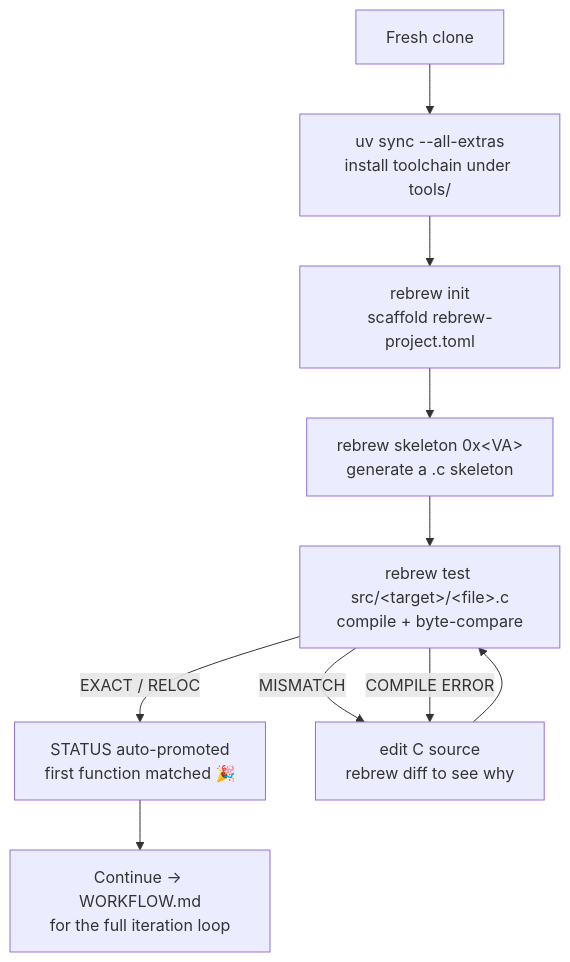
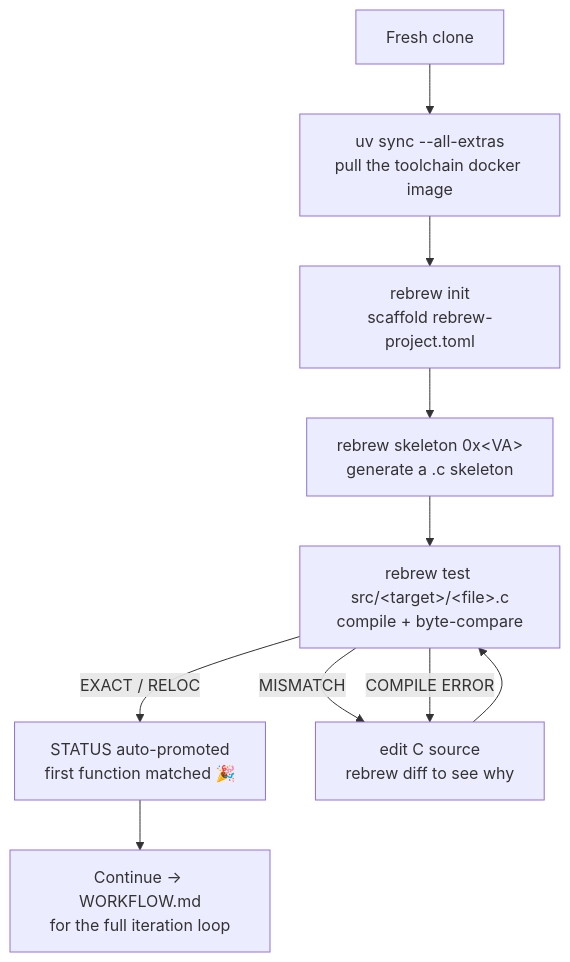
Before and after one commit to maci0/rebrew: the diagram in docs/QUICKSTART.md, drawn with Mermaid. The commit also changed other lines of this file and 13 other files, not shown here.

First line of the commit message:
docs: align docs and docstrings with docker-only toolchain

````diff
--- a/docs/QUICKSTART.md
+++ b/docs/QUICKSTART.md
@@ -12,12 +13,12 @@
 ```mermaid
 graph TD
-    Clone[Fresh clone] --> Setup[uv sync --all-extras<br/>install toolchain under tools/]
+    Clone[Fresh clone] --> Setup[uv sync --all-extras<br/>pull the toolchain docker image]
     Setup --> Init[rebrew init<br/>scaffold rebrew-project.toml]
     Init --> Skeleton[rebrew skeleton 0x&lt;VA&gt;<br/>generate a .c skeleton]
     Skeleton --> Test[rebrew test src/&lt;target&gt;/&lt;file&gt;.c<br/>compile + byte-compare]
     Test -->|EXACT / RELOC| Done[STATUS auto-promoted<br/>first function matched 🎉]
     Test -->|MISMATCH| Edit[edit C source<br/>rebrew diff to see why]
     Edit --> Test
     Test -->|COMPILE ERROR| Edit
     Done --> Loop[Continue → WORKFLOW.md<br/>for the full iteration loop]
 ```
````
